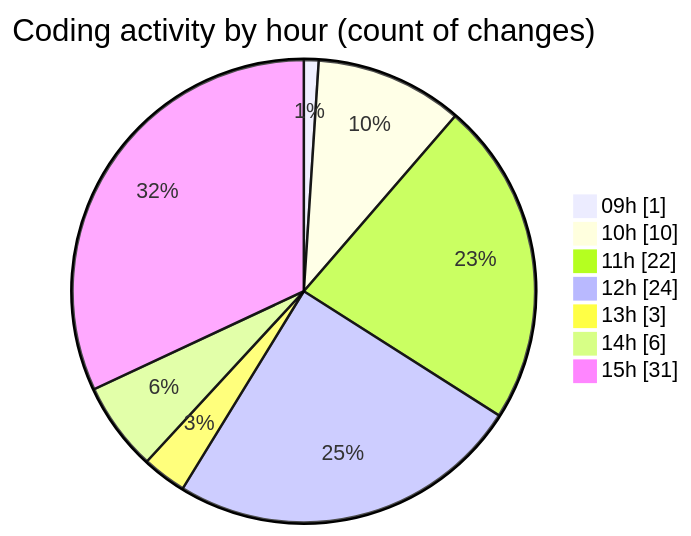
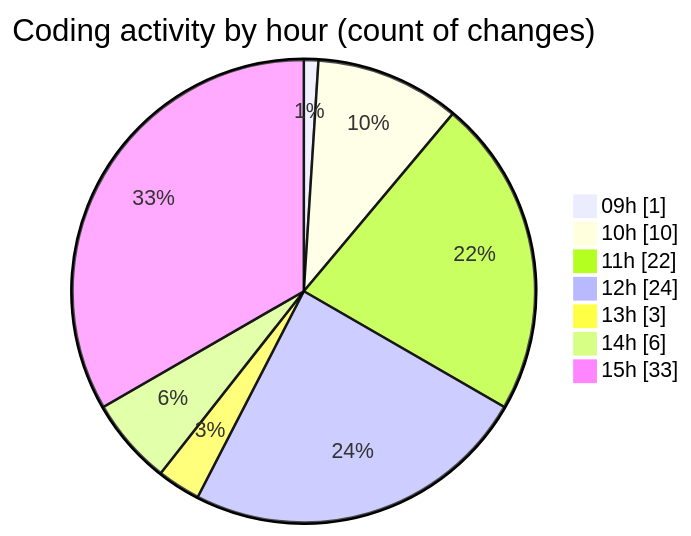
The second of 2 diagrams in 2025-07-09/cda/README.md (momahboobian/code-tracking), drawn with Mermaid before and after one commit. The commit also changed other lines of this file and 1 other file, not shown here.

````diff
--- a/2025-07-09/cda/README.md
+++ b/2025-07-09/cda/README.md
@@ -50,11 +51,11 @@
 ```mermaid
 pie showData
 title Coding activity by hour (count of changes)
 "09h" : 1
 "10h" : 10
 "11h" : 22
 "12h" : 24
 "13h" : 3
 "14h" : 6
-"15h" : 31
+"15h" : 33
 ```
````
